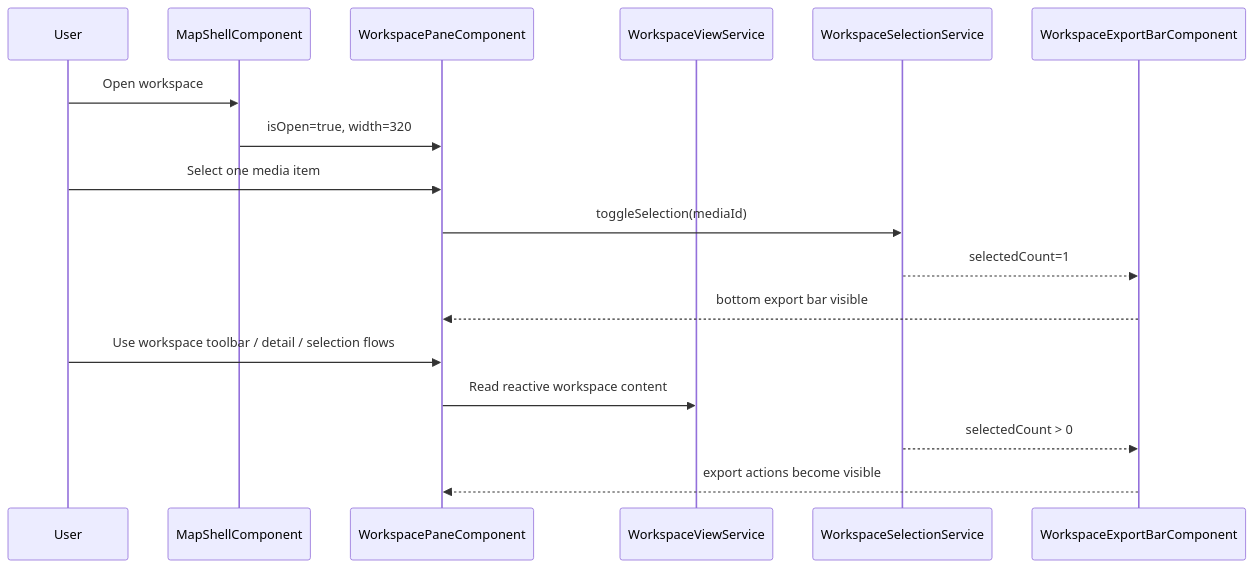
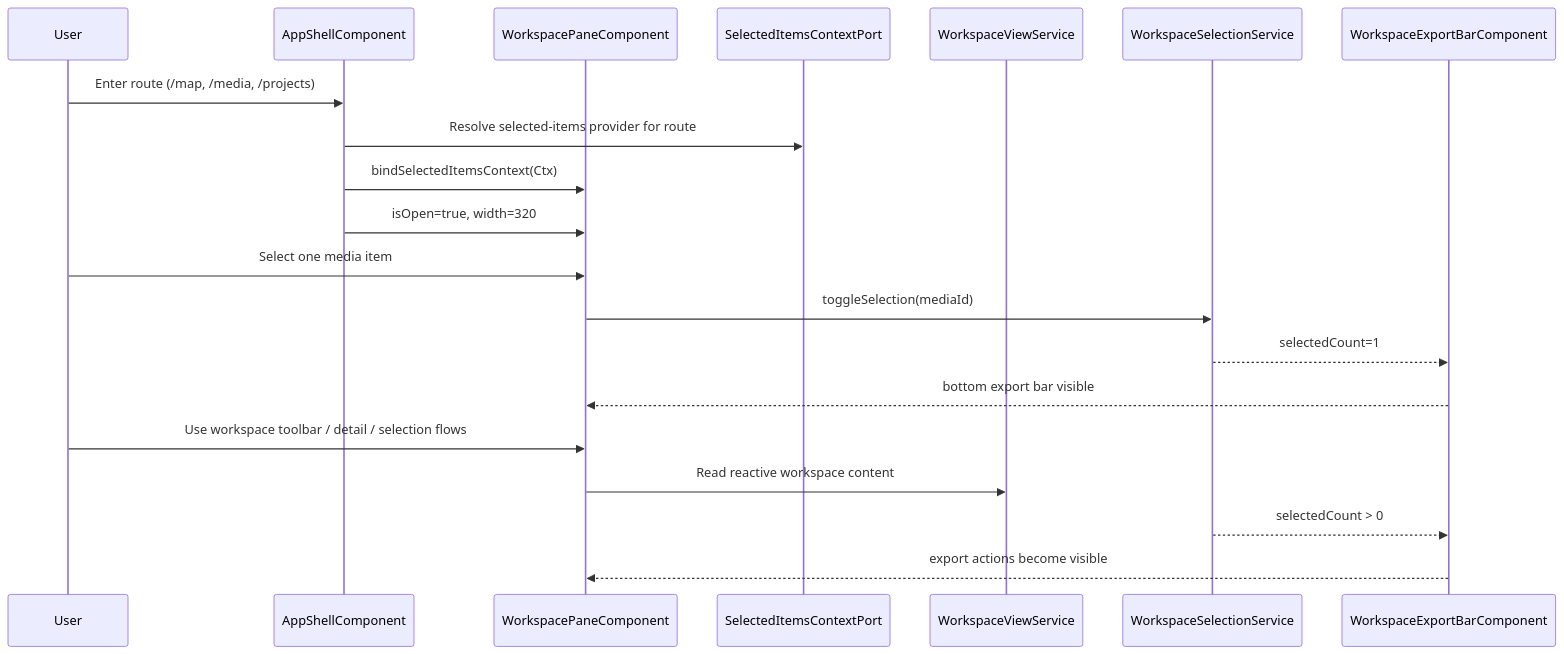
The fourth of 5 diagrams in docs/element-specs/workspace-pane.md (matkleve/feldpost), drawn with Mermaid before and after one commit. The commit also changed other lines of this file and 20 other files, not shown here.

````diff
--- a/docs/element-specs/workspace-pane.md
+++ b/docs/element-specs/workspace-pane.md
@@ -141,20 +196,23 @@
 ```mermaid
 sequenceDiagram
   participant User
-  participant Shell as MapShellComponent
+  participant Shell as AppShellComponent
   participant Pane as WorkspacePaneComponent
+  participant Ctx as SelectedItemsContextPort
   participant View as WorkspaceViewService
   participant Sel as WorkspaceSelectionService
   participant Export as WorkspaceExportBarComponent
 
-  User->>Shell: Open workspace
+  User->>Shell: Enter route (/map, /media, /projects)
+  Shell->>Ctx: Resolve selected-items provider for route
+  Shell->>Pane: bindSelectedItemsContext(Ctx)
   Shell->>Pane: isOpen=true, width=320
   User->>Pane: Select one media item
   Pane->>Sel: toggleSelection(mediaId)
   Sel-->>Export: selectedCount=1
   Export-->>Pane: bottom export bar visible
   User->>Pane: Use workspace toolbar / detail / selection flows
   Pane->>View: Read reactive workspace content
   Sel-->>Export: selectedCount > 0
   Export-->>Pane: export actions become visible
 ```
````
